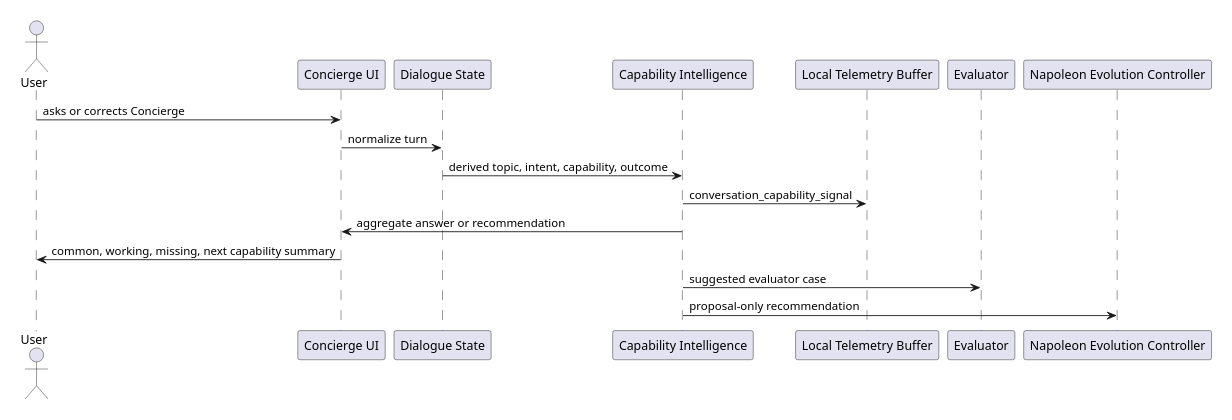
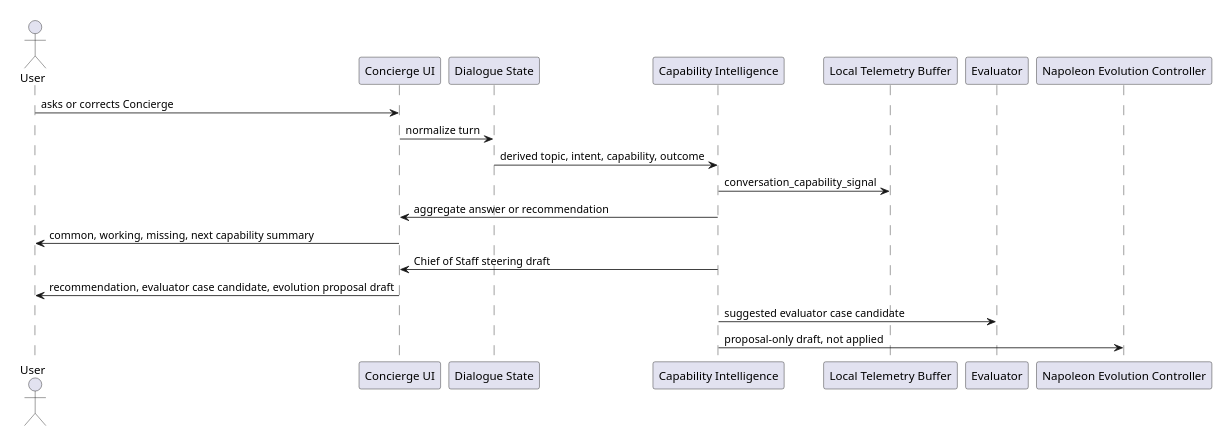
The fifth of 6 diagrams in docs/ARCHITECTURE.md (bprager/Concierge), drawn with PlantUML before and after one commit. The commit also changed other lines of this file and 17 other files, not shown here.

````diff
--- a/docs/ARCHITECTURE.md
+++ b/docs/ARCHITECTURE.md
@@ -188,23 +192,25 @@
 ```plantuml
 @startuml
 scale max 600 width
 
 actor User
 participant "Concierge UI" as UI
 participant "Dialogue State" as D
 participant "Capability Intelligence" as CI
 participant "Local Telemetry Buffer" as Buffer
 participant "Evaluator" as Eval
 participant "Napoleon Evolution Controller" as Evo
 
 User -> UI: asks or corrects Concierge
 UI -> D: normalize turn
 D -> CI: derived topic, intent, capability, outcome
 CI -> Buffer: conversation_capability_signal
 CI -> UI: aggregate answer or recommendation
 UI -> User: common, working, missing, next capability summary
-CI -> Eval: suggested evaluator case
-CI -> Evo: proposal-only recommendation
+CI -> UI: Chief of Staff steering draft
+UI -> User: recommendation, evaluator case candidate, evolution proposal draft
+CI -> Eval: suggested evaluator case candidate
+CI -> Evo: proposal-only draft, not applied
 
 @enduml
 ```
````
